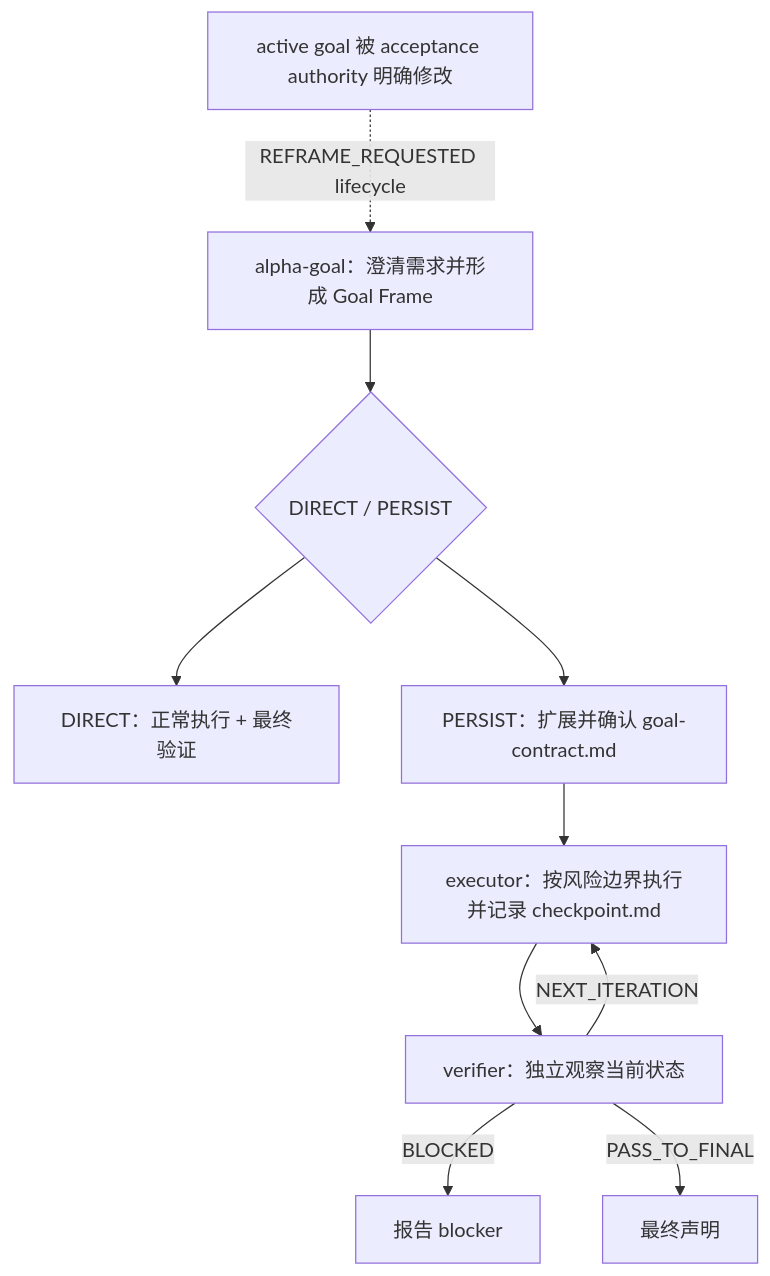
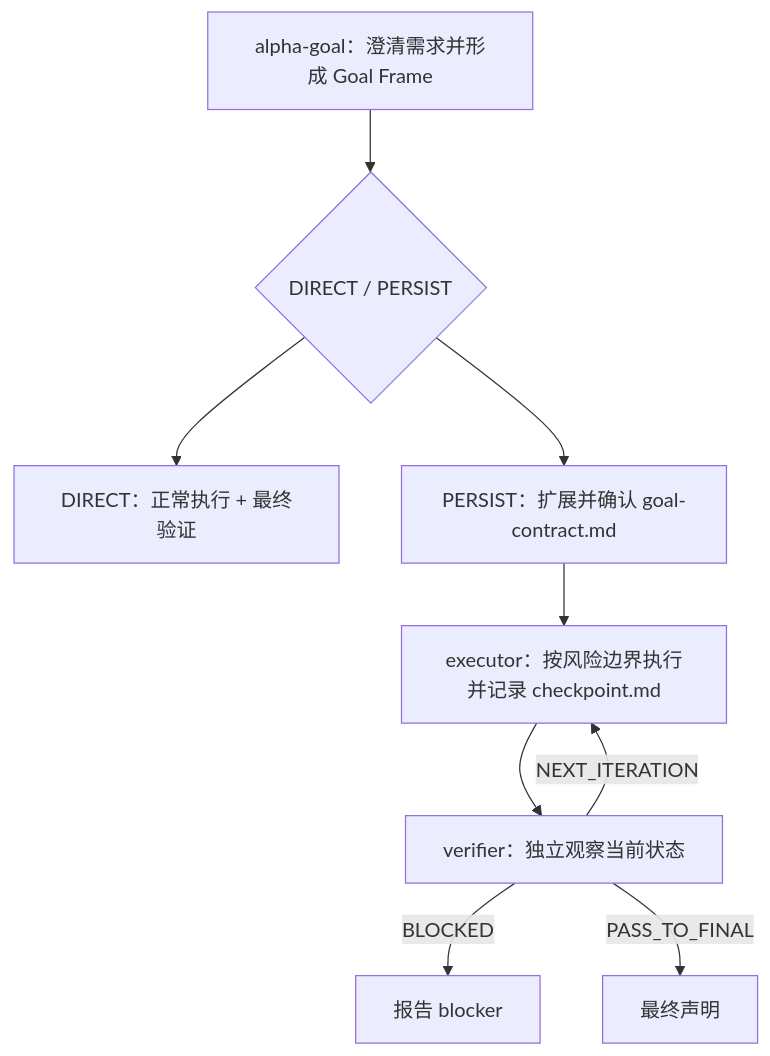
One commit to azhonglee/alpha-goal changed the diagram in README.md. Above: the diagram before and after it, drawn with Mermaid. The commit also changed other lines of this file and 12 other files, not shown here.

Commit message:
Simplify persistent goal lifecycle

````diff
--- a/README.md
+++ b/README.md
@@ -42,12 +42,11 @@
 ```mermaid
 flowchart TD
   A["alpha-goal：澄清需求并形成 Goal Frame"] --> R{"DIRECT / PERSIST"}
   R --> D["DIRECT：正常执行 + 最终验证"]
   R --> P["PERSIST：扩展并确认 goal-contract.md"]
   P --> E["executor：按风险边界执行并记录 checkpoint.md"]
   E --> V["verifier：独立观察当前状态"]
   V -->|"NEXT_ITERATION"| E
-  G["active goal 被 acceptance authority 明确修改"] -. "REFRAME_REQUESTED lifecycle" .-> A
   V -->|"BLOCKED"| B["报告 blocker"]
   V -->|"PASS_TO_FINAL"| F["最终声明"]
 ```
````
